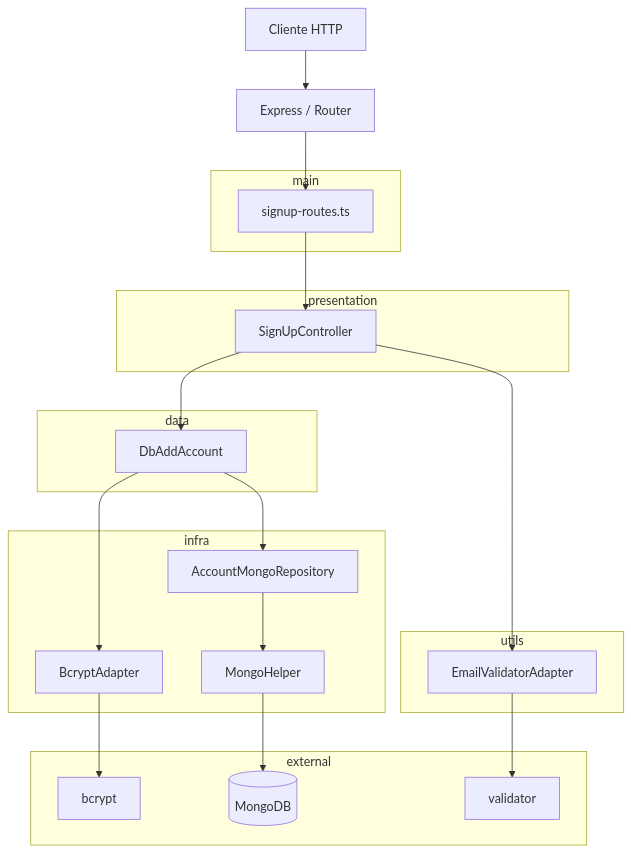
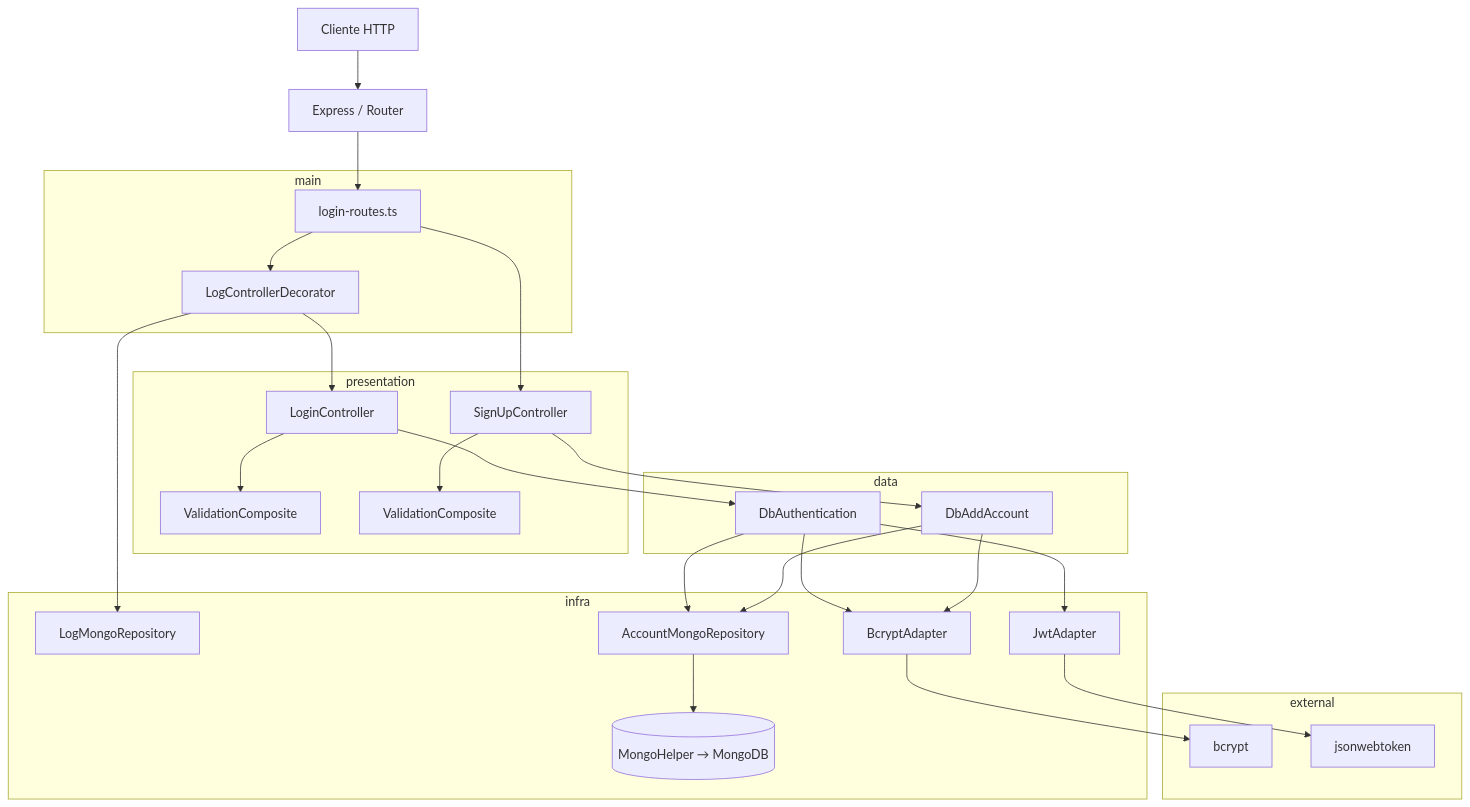
The diagram in README.md (matheusfelipetp/clean-node-api), drawn with Mermaid before and after one commit. The commit also changed other lines of this file, not shown here.

````diff
--- a/README.md
+++ b/README.md
@@ -175,37 +196,50 @@
 ```mermaid
 graph TD
     A[Cliente HTTP] --> B[Express / Router]
-    B --> C[signup-routes.ts]
-    C --> D[SignUpController]
-    D --> E[EmailValidatorAdapter]
-    D --> F[DbAddAccount]
-    F --> G[BcryptAdapter]
-    F --> H[AccountMongoRepository]
-    G --> I[bcrypt]
-    H --> J[MongoHelper]
-    J --> K[(MongoDB)]
-    E --> L[validator]
+    B --> C[login-routes.ts]
+    C --> LC[LogControllerDecorator]
+    LC --> D[LoginController]
+    LC --> LR[LogMongoRepository]
+
+    D --> VAL[ValidationComposite]
+    D --> AUTH[DbAuthentication]
+    AUTH --> REPO[AccountMongoRepository]
+    AUTH --> BCRYPT[BcryptAdapter]
+    AUTH --> JWT[JwtAdapter]
+
+    REPO --> MH[(MongoHelper → MongoDB)]
+    BCRYPT --> BCRYPTLIB[bcrypt]
+    JWT --> JWTLIB[jsonwebtoken]
+
+    C --> SC[SignUpController]
+    SC --> VAL2[ValidationComposite]
+    SC --> DBA[DbAddAccount]
+    DBA --> BCRYPT
+    DBA --> REPO
 
     subgraph main
         C
+        LC
     end
     subgraph presentation
         D
-    end
-    subgraph utils
-        E
+        SC
+        VAL
+        VAL2
     end
     subgraph data
-        F
+        AUTH
+        DBA
     end
     subgraph infra
-        G
-        H
-        J
+        REPO
+        BCRYPT
+        JWT
+        LR
+        MH
     end
     subgraph external
-        I
-        K
-        L
+        BCRYPTLIB
+        JWTLIB
     end
 ```
````
